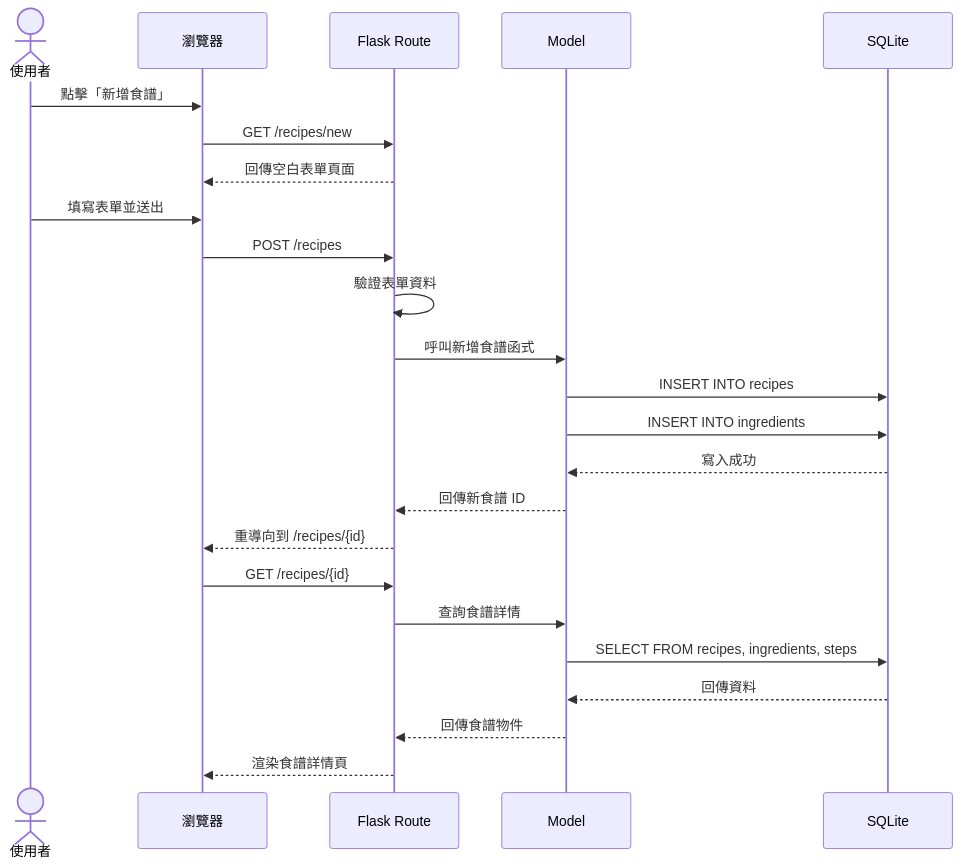
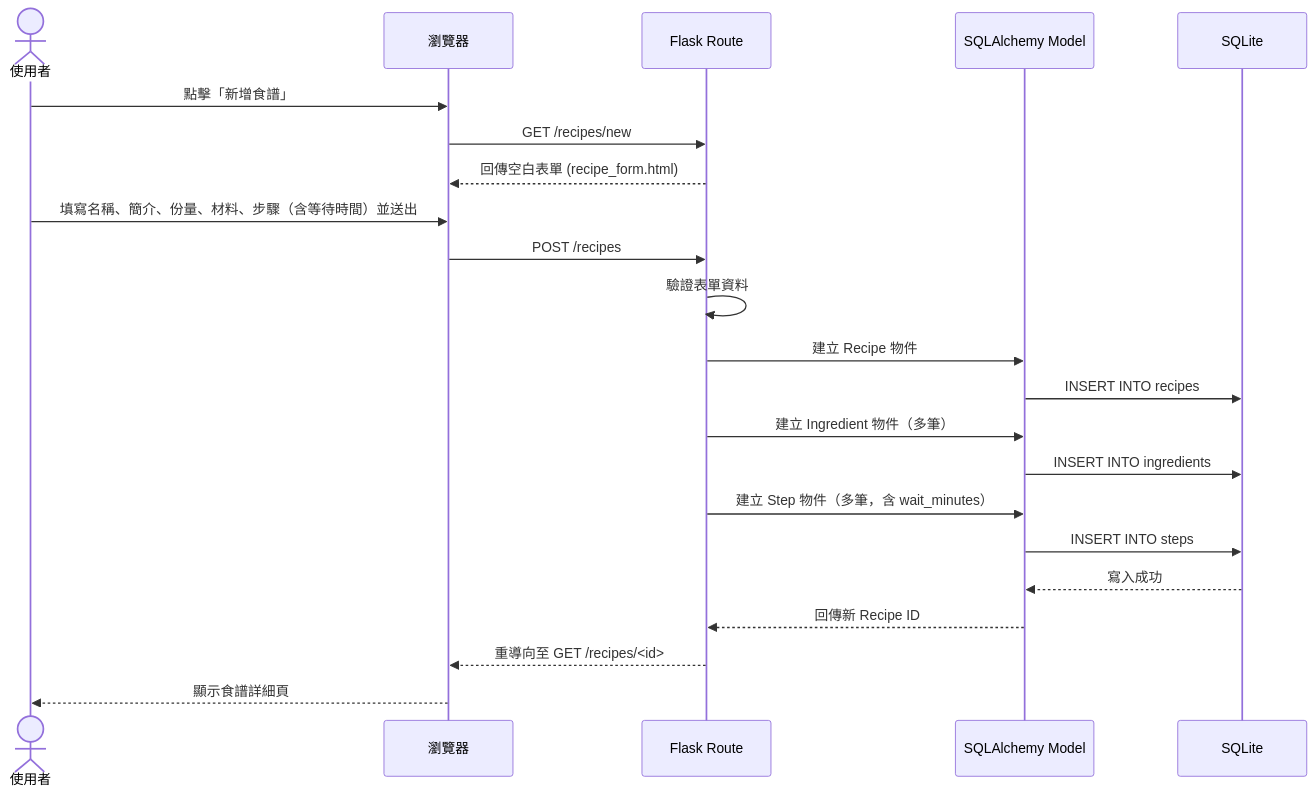
One commit to d1463704/web_app_development changed the second of 4 diagrams in docs/FLOWCHART.md. Above: the diagram before and after it, drawn with Mermaid. The commit also changed other lines of this file, not shown here.

Commit message:
docs: add user flowchart

````diff
--- a/docs/FLOWCHART.md
+++ b/docs/FLOWCHART.md
@@ -67,28 +54,26 @@
 ```mermaid
 sequenceDiagram
     actor User as 使用者
     participant Browser as 瀏覽器
     participant Flask as Flask Route
-    participant Model as Model
+    participant Model as SQLAlchemy Model
     participant DB as SQLite
 
     User->>Browser: 點擊「新增食譜」
     Browser->>Flask: GET /recipes/new
-    Flask-->>Browser: 回傳空白表單頁面
+    Flask-->>Browser: 回傳空白表單 (recipe_form.html)
 
-    User->>Browser: 填寫表單並送出
+    User->>Browser: 填寫名稱、簡介、份量、材料、步驟（含等待時間）並送出
     Browser->>Flask: POST /recipes
     Flask->>Flask: 驗證表單資料
-    Flask->>Model: 呼叫新增食譜函式
+    Flask->>Model: 建立 Recipe 物件
     Model->>DB: INSERT INTO recipes
+    Flask->>Model: 建立 Ingredient 物件（多筆）
     Model->>DB: INSERT INTO ingredients
+    Flask->>Model: 建立 Step 物件（多筆，含 wait_minutes）
+    Model->>DB: INSERT INTO steps
     DB-->>Model: 寫入成功
-    Model-->>Flask: 回傳新食譜 ID
-    Flask-->>Browser: 重導向到 /recipes/{id}
-    Browser->>Flask: GET /recipes/{id}
-    Flask->>Model: 查詢食譜詳情
-    Model->>DB: SELECT FROM recipes, ingredients, steps
-    DB-->>Model: 回傳資料
-    Model-->>Flask: 回傳食譜物件
-    Flask-->>Browser: 渲染食譜詳情頁
+    Model-->>Flask: 回傳新 Recipe ID
+    Flask-->>Browser: 重導向至 GET /recipes/<id>
+    Browser-->>User: 顯示食譜詳細頁
 ```
````
